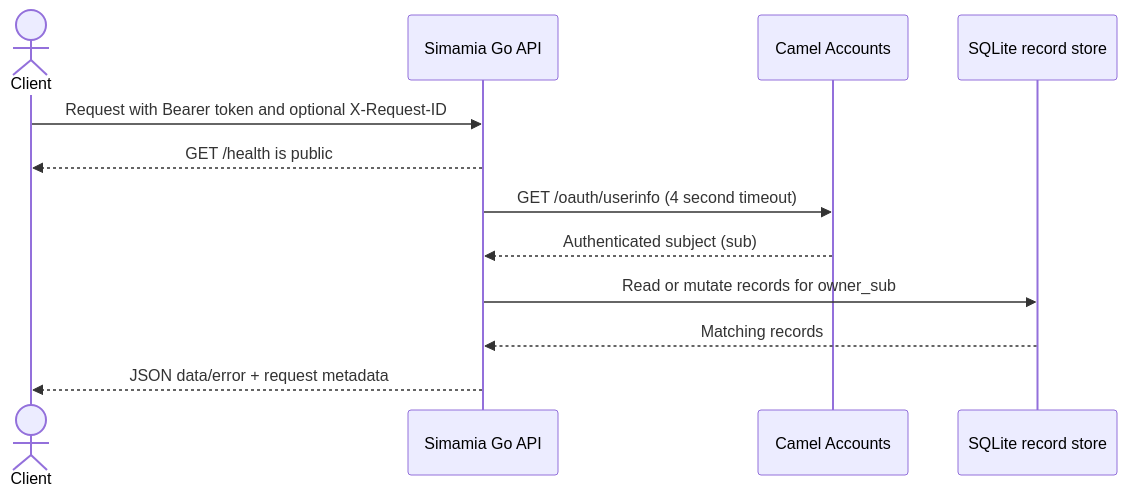
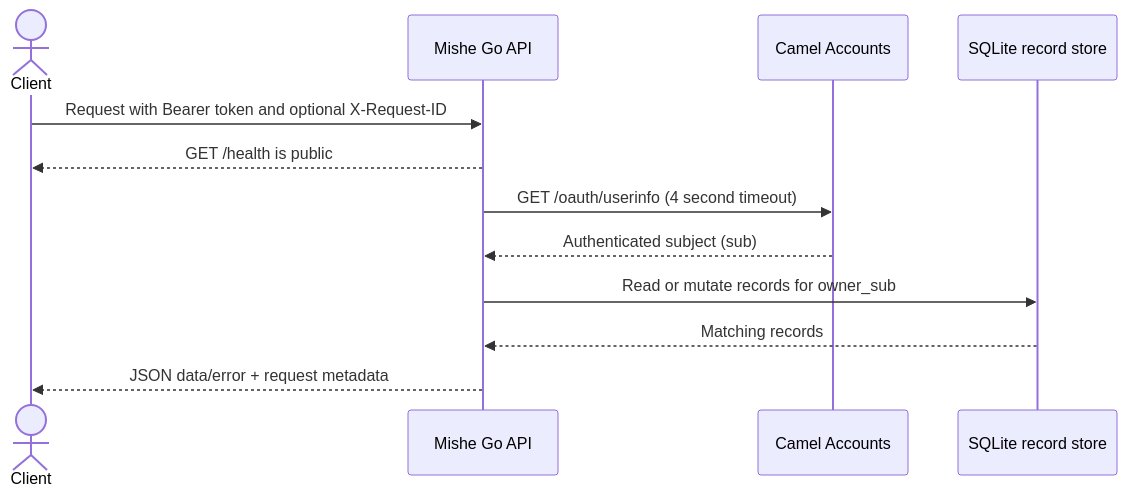
One commit to troubleman96/SIMAMIA-free changed the first of 2 diagrams in docs-site/app/api/page.mdx. Above: the diagram before and after it, drawn with Mermaid. The commit also changed other lines of this file and 33 other files, not shown here.

Commit message:
Update API, docs-site, landing, env and SVG assets to Mishe branding

````diff
--- a/docs-site/app/api/page.mdx
+++ b/docs-site/app/api/page.mdx
@@ -44,14 +44,14 @@
 ```mermaid
 sequenceDiagram
   actor Client
-  participant API as Simamia Go API
+  participant API as Mishe Go API
   participant Accounts as Camel Accounts
   participant Store as SQLite record store
   Client->>API: Request with Bearer token and optional X-Request-ID
   API-->>Client: GET /health is public
   API->>Accounts: GET /oauth/userinfo (4 second timeout)
   Accounts-->>API: Authenticated subject (sub)
   API->>Store: Read or mutate records for owner_sub
   Store-->>API: Matching records
   API-->>Client: JSON data/error + request metadata
 ```
````
